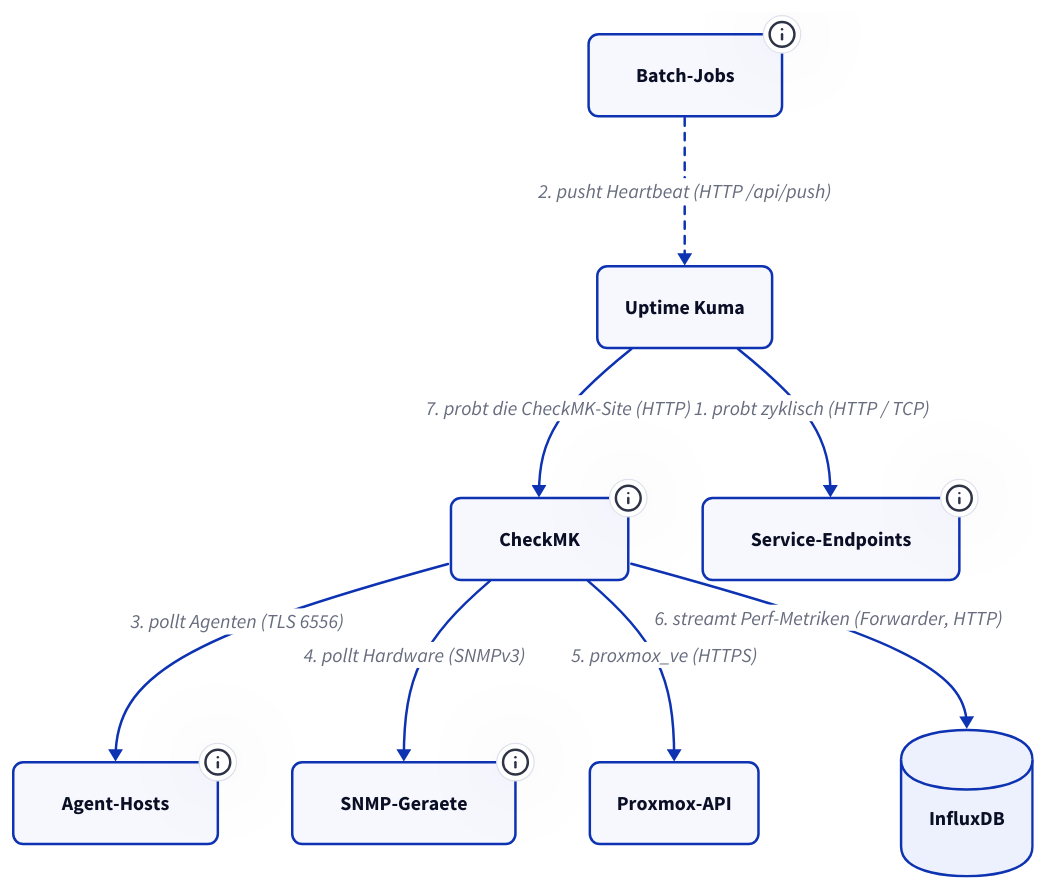
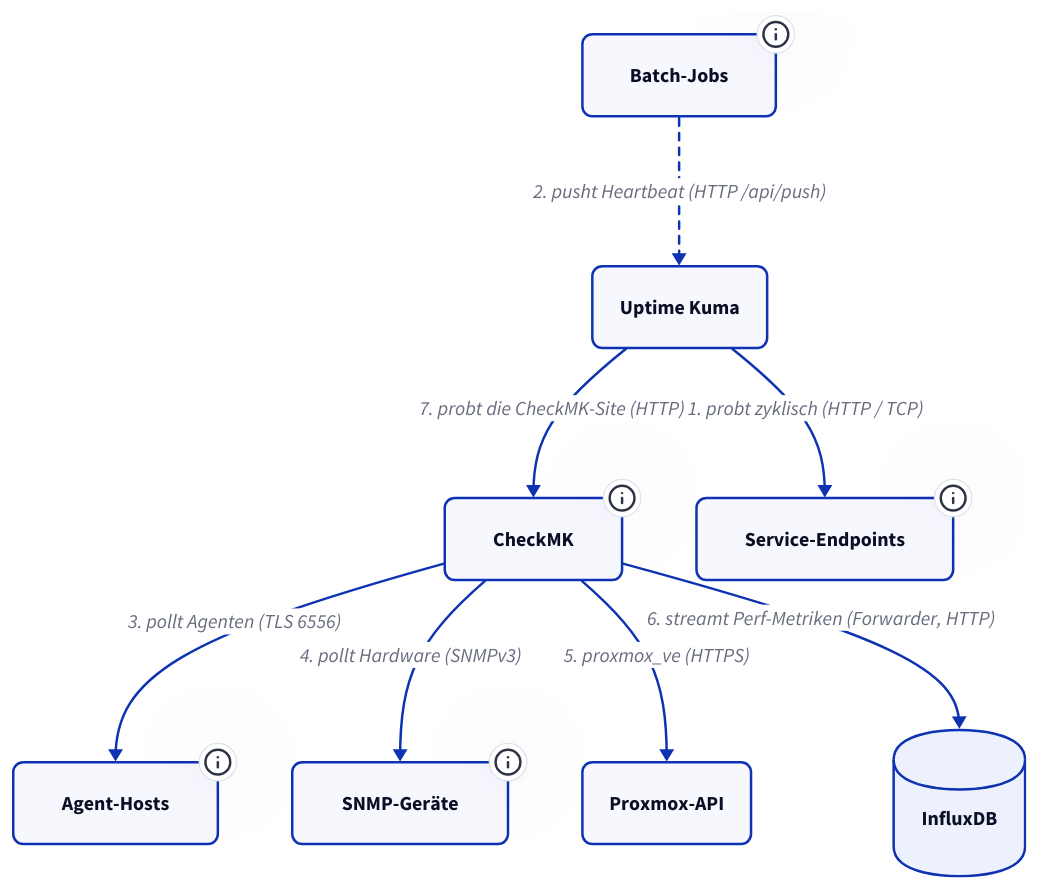
Before and after one commit to derever-labs/homelab-wiki: the second of 3 diagrams in docs/monitoring/index.md, drawn with D2. The commit also changed other lines of this file, not shown here.

Commit message:
docs(monitoring): echte Umlaute in D2-Texten nachziehen

````diff
--- a/docs/monitoring/index.md
+++ b/docs/monitoring/index.md
@@ -102,41 +102,41 @@
 ```d2
 classes: {
   svc: { style: { border-radius: 8 } }
   agent: { style: { border-radius: 8; stroke-dash: 2 } }
   db: { shape: cylinder; style: { border-radius: 8 } }
   async: { style: { stroke-dash: 3 } }
 }
 
 kuma: Uptime Kuma { class: svc }
 checkmk: CheckMK {
   class: svc
-  tooltip: Eigenstaendige VM auf pve02 (Site homelab), kein Nomad-Job
+  tooltip: Eigenständige VM auf pve02 (Site homelab), kein Nomad-Job
 }
 
 endpoints: Service-Endpoints {
   class: svc
-  tooltip: Kern-Infra (Nomad/Consul/Vault, DNS, Ingress, Storage) plus Flaeche (Media, Apps, IoT)
+  tooltip: Kern-Infra (Nomad/Consul/Vault, DNS, Ingress, Storage) plus Fläche (Media, Apps, IoT)
 }
 batch: Batch-Jobs {
   class: svc
   tooltip: Backups, Snapshots, Crons -- bei Fehler expliziter Down-Push mit Fehlergrund
 }
 agents: Agent-Hosts {
   class: svc
   tooltip: VMs und Proxmox-Hosts mit CheckMK-Agent, Nomad-Container via Docker-Piggyback
 }
-snmp: SNMP-Geraete {
+snmp: SNMP-Geräte {
   class: svc
   tooltip: Beide Synology-NAS (synology-nas, nana-nas via Tailscale)
 }
 pve: Proxmox-API { class: svc }
 influx: InfluxDB { class: db }
 
 kuma -> endpoints: 1. probt zyklisch (HTTP / TCP)
 batch -> kuma: 2. pusht Heartbeat (HTTP /api/push) { class: async }
 checkmk -> agents: 3. pollt Agenten (TLS 6556)
 checkmk -> snmp: 4. pollt Hardware (SNMPv3)
 checkmk -> pve: 5. proxmox_ve (HTTPS)
 checkmk -> influx: 6. streamt Perf-Metriken (Forwarder, HTTP)
 kuma -> checkmk: 7. probt die CheckMK-Site (HTTP)
 ```
````
